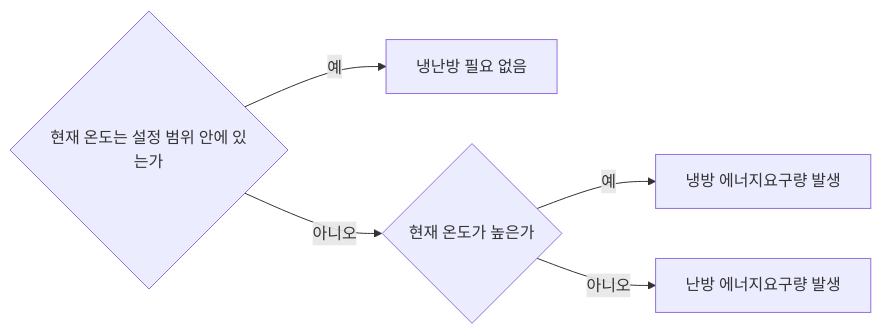
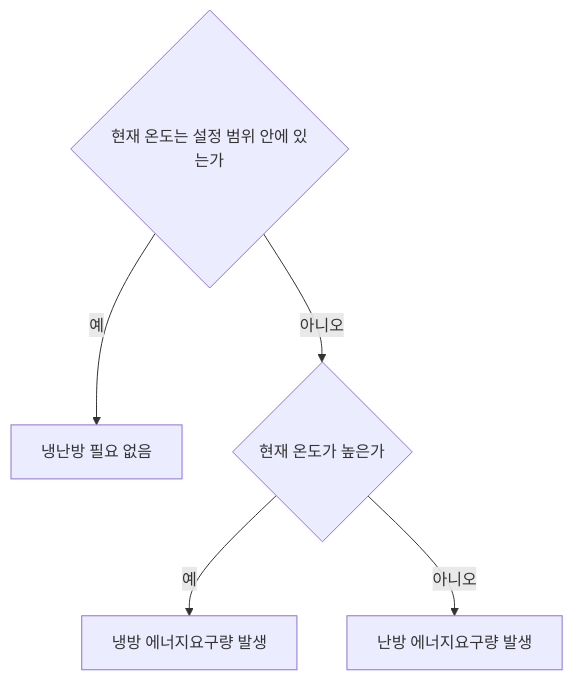
Before and after one commit to VeryColdplay/eco2_guide_center_yealone: the diagram in docs/1. ECO2 Logic Guide/a/Cooling_heating_energy_demand.md, drawn with Mermaid. The commit also changed other lines of this file and 231 other files, not shown here.

````diff
--- a/docs/1. ECO2 Logic Guide/a/Cooling_heating_energy_demand.md
+++ b/docs/1. ECO2 Logic Guide/a/Cooling_heating_energy_demand.md
@@ -5,16 +6,16 @@
 ```mermaid
-graph LR
+graph TD
     classDef pretendard font-family:'Pretendard';
 
     A{현재 온도는 설정 범위 안에 있는가}
     A -- 예 --> B[냉난방 필요 없음]
     A -- 아니오 --> C{현재 온도가 높은가}
     C -- 예 --> D[냉방 에너지요구량 발생]
     C -- 아니오 --> E[난방 에너지요구량 발생]
 
     class A pretendard
     class B pretendard
     class C pretendard
     class D pretendard
     class E pretendard
 ```
````
